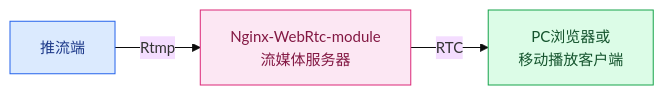
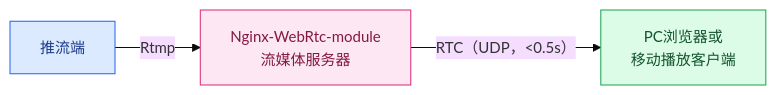
The third of 8 diagrams in docs/一种基于Nginx-rtmp的webrtc低延迟直播方法.md (DeguiLiu/nginx-rtc-example), drawn with Mermaid before and after one commit. The commit also changed other lines of this file and 1 other file, not shown here.

````diff
--- a/docs/一种基于Nginx-rtmp的webrtc低延迟直播方法.md
+++ b/docs/一种基于Nginx-rtmp的webrtc低延迟直播方法.md
@@ -136,14 +58,14 @@
 ```mermaid
 %%{init: {"theme": "base", "flowchart": {"curve": "linear"}, "themeVariables": {"fontSize": "15px"}}}%%
 flowchart LR
     push["推流端"]
     server["Nginx-WebRtc-module<br/>流媒体服务器"]
     client["PC浏览器或<br/>移动播放客户端"]
 
     push -- "Rtmp" --> server
-    server -- "RTC" --> client
+    server -- "RTC（UDP，<0.5s）" --> client
 
     style push fill:#dbeafe,stroke:#2563eb,color:#1e3a8a
     style server fill:#fce7f3,stroke:#db2777,color:#831843
     style client fill:#dcfce7,stroke:#16a34a,color:#14532d
 ```
````
